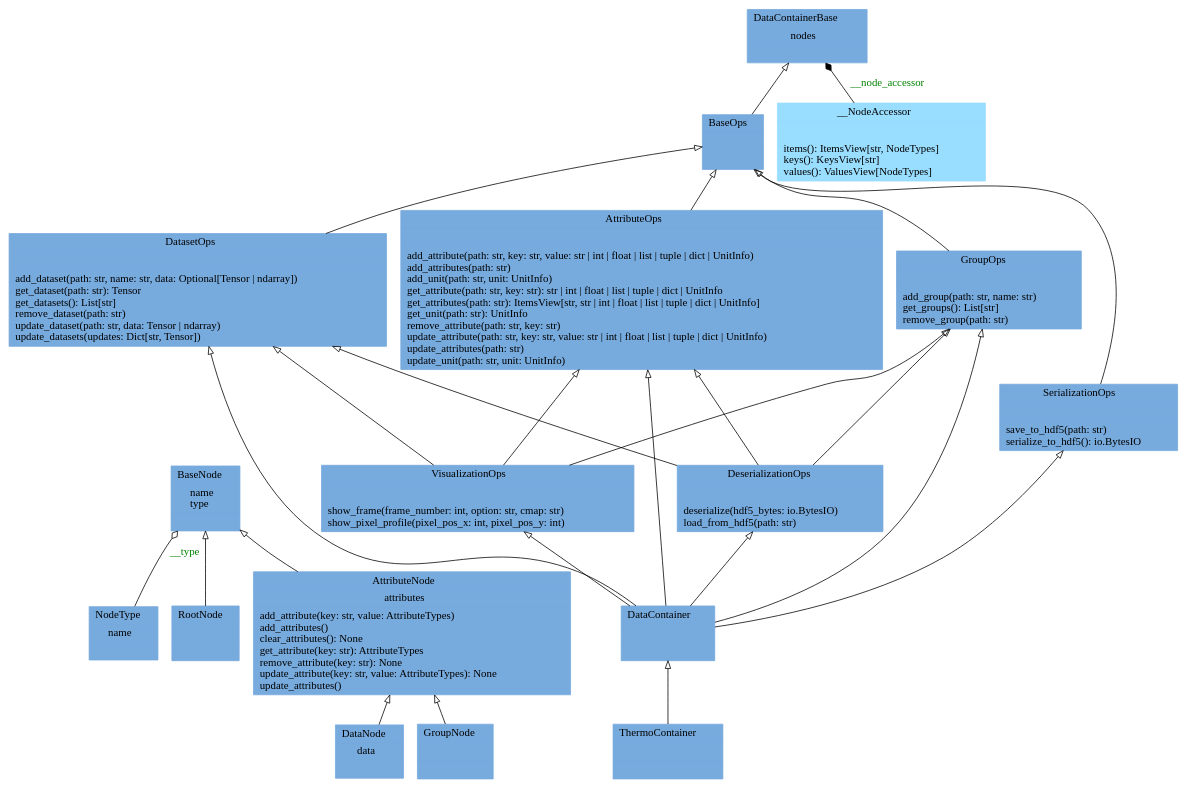
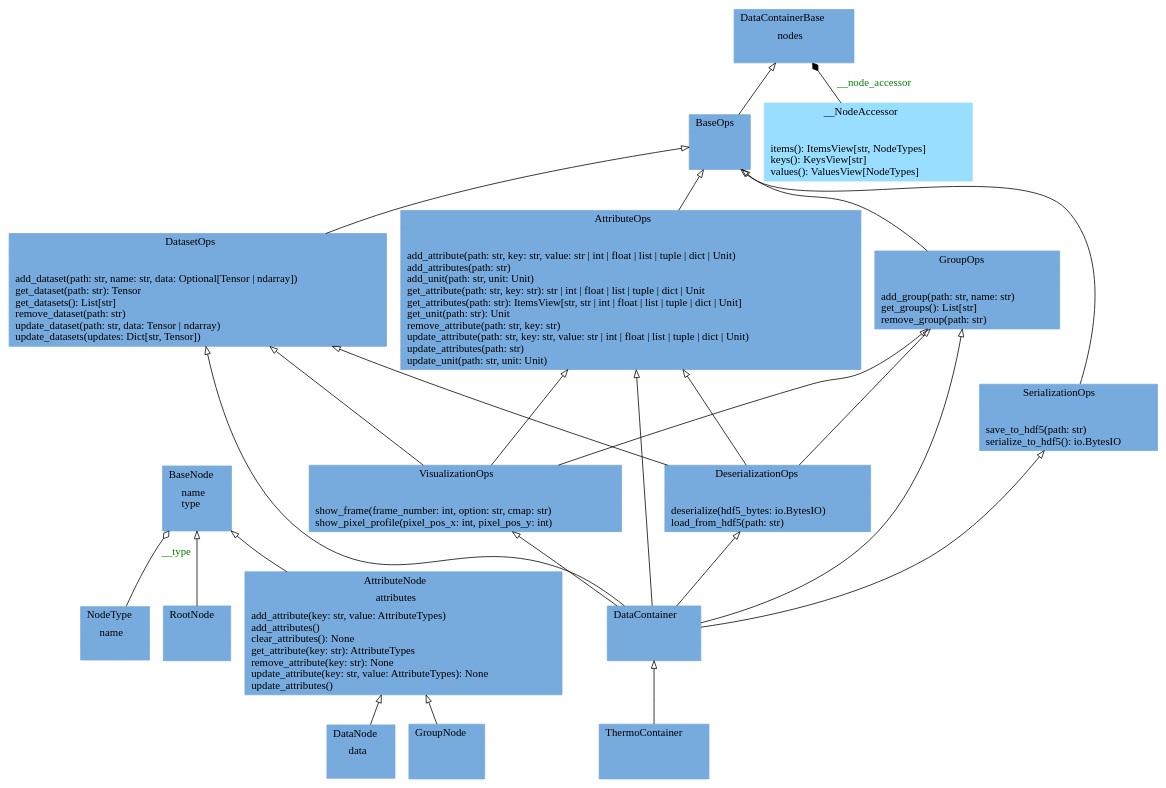
The diagram in docs/pyreverse/classes_pythermondt.data.datacontainer.gv (voidsy-gmbh/pyThermoNDT), drawn with Graphviz before and after one commit. The commit also changed 13 other files, not shown here.

Commit message:
Update pyreverse diagrams

```diff
--- a/docs/pyreverse/classes_pythermondt.data.datacontainer.gv
+++ b/docs/pyreverse/classes_pythermondt.data.datacontainer.gv
@@ -1,45 +1,45 @@
 digraph "classes_pythermondt.data.datacontainer" {
 rankdir=BT
 charset="utf-8"
 "pythermondt.data.datacontainer.node.AttributeNode" [color="#77AADD", fontcolor="black", label=<{AttributeNode|attributes<br ALIGN="LEFT"/>|add_attribute(key: str, value: AttributeTypes)<br ALIGN="LEFT"/>add_attributes()<br ALIGN="LEFT"/>clear_attributes(): None<br ALIGN="LEFT"/>get_attribute(key: str): AttributeTypes<br ALIGN="LEFT"/>remove_attribute(key: str): None<br ALIGN="LEFT"/>update_attribute(key: str, value: AttributeTypes): None<br ALIGN="LEFT"/>update_attributes()<br ALIGN="LEFT"/>}>, shape="record", style="filled"];
-"pythermondt.data.datacontainer.attribute_ops.AttributeOps" [color="#77AADD", fontcolor="black", label=<{AttributeOps|<br ALIGN="LEFT"/>|add_attribute(path: str, key: str, value: str \| int \| float \| list \| tuple \| dict \| UnitInfo)<br ALIGN="LEFT"/>add_attributes(path: str)<br ALIGN="LEFT"/>add_unit(path: str, unit: UnitInfo)<br ALIGN="LEFT"/>get_attribute(path: str, key: str): str \| int \| float \| list \| tuple \| dict \| UnitInfo<br ALIGN="LEFT"/>get_attributes(path: str): ItemsView[str, str \| int \| float \| list \| tuple \| dict \| UnitInfo]<br ALIGN="LEFT"/>get_unit(path: str): UnitInfo<br ALIGN="LEFT"/>remove_attribute(path: str, key: str)<br ALIGN="LEFT"/>update_attribute(path: str, key: str, value: str \| int \| float \| list \| tuple \| dict \| UnitInfo)<br ALIGN="LEFT"/>update_attributes(path: str)<br ALIGN="LEFT"/>update_unit(path: str, unit: UnitInfo)<br ALIGN="LEFT"/>}>, shape="record", style="filled"];
+"pythermondt.data.datacontainer.attribute_ops.AttributeOps" [color="#77AADD", fontcolor="black", label=<{AttributeOps|<br ALIGN="LEFT"/>|add_attribute(path: str, key: str, value: str \| int \| float \| list \| tuple \| dict \| Unit)<br ALIGN="LEFT"/>add_attributes(path: str)<br ALIGN="LEFT"/>add_unit(path: str, unit: Unit)<br ALIGN="LEFT"/>get_attribute(path: str, key: str): str \| int \| float \| list \| tuple \| dict \| Unit<br ALIGN="LEFT"/>get_attributes(path: str): ItemsView[str, str \| int \| float \| list \| tuple \| dict \| Unit]<br ALIGN="LEFT"/>get_unit(path: str): Unit<br ALIGN="LEFT"/>remove_attribute(path: str, key: str)<br ALIGN="LEFT"/>update_attribute(path: str, key: str, value: str \| int \| float \| list \| tuple \| dict \| Unit)<br ALIGN="LEFT"/>update_attributes(path: str)<br ALIGN="LEFT"/>update_unit(path: str, unit: Unit)<br ALIGN="LEFT"/>}>, shape="record", style="filled"];
 "pythermondt.data.datacontainer.node.BaseNode" [color="#77AADD", fontcolor="black", label=<{BaseNode|name<br ALIGN="LEFT"/>type<br ALIGN="LEFT"/>|}>, shape="record", style="filled"];
 "pythermondt.data.datacontainer.base.BaseOps" [color="#77AADD", fontcolor="black", label=<{BaseOps|<br ALIGN="LEFT"/>|}>, shape="record", style="filled"];
 "pythermondt.data.datacontainer.core.DataContainer" [color="#77AADD", fontcolor="black", label=<{DataContainer|<br ALIGN="LEFT"/>|}>, shape="record", style="filled"];
 "pythermondt.data.datacontainer.base.DataContainerBase" [color="#77AADD", fontcolor="black", label=<{DataContainerBase|nodes<br ALIGN="LEFT"/>|}>, shape="record", style="filled"];
 "pythermondt.data.datacontainer.node.DataNode" [color="#77AADD", fontcolor="black", label=<{DataNode|data<br ALIGN="LEFT"/>|}>, shape="record", style="filled"];
 "pythermondt.data.datacontainer.dataset_ops.DatasetOps" [color="#77AADD", fontcolor="black", label=<{DatasetOps|<br ALIGN="LEFT"/>|add_dataset(path: str, name: str, data: Optional[Tensor \| ndarray])<br ALIGN="LEFT"/>get_dataset(path: str): Tensor<br ALIGN="LEFT"/>get_datasets(): List[str]<br ALIGN="LEFT"/>remove_dataset(path: str)<br ALIGN="LEFT"/>update_dataset(path: str, data: Tensor \| ndarray)<br ALIGN="LEFT"/>update_datasets(updates: Dict[str, Tensor])<br ALIGN="LEFT"/>}>, shape="record", style="filled"];
 "pythermondt.data.datacontainer.serialization_ops.DeserializationOps" [color="#77AADD", fontcolor="black", label=<{DeserializationOps|<br ALIGN="LEFT"/>|deserialize(hdf5_bytes: io.BytesIO)<br ALIGN="LEFT"/>load_from_hdf5(path: str)<br ALIGN="LEFT"/>}>, shape="record", style="filled"];
 "pythermondt.data.datacontainer.node.GroupNode" [color="#77AADD", fontcolor="black", label=<{GroupNode|<br ALIGN="LEFT"/>|}>, shape="record", style="filled"];
 "pythermondt.data.datacontainer.group_ops.GroupOps" [color="#77AADD", fontcolor="black", label=<{GroupOps|<br ALIGN="LEFT"/>|add_group(path: str, name: str)<br ALIGN="LEFT"/>get_groups(): List[str]<br ALIGN="LEFT"/>remove_group(path: str)<br ALIGN="LEFT"/>}>, shape="record", style="filled"];
 "pythermondt.data.datacontainer.node.NodeType" [color="#77AADD", fontcolor="black", label=<{NodeType|name<br ALIGN="LEFT"/>|}>, shape="record", style="filled"];
 "pythermondt.data.datacontainer.node.RootNode" [color="#77AADD", fontcolor="black", label=<{RootNode|<br ALIGN="LEFT"/>|}>, shape="record", style="filled"];
 "pythermondt.data.datacontainer.serialization_ops.SerializationOps" [color="#77AADD", fontcolor="black", label=<{SerializationOps|<br ALIGN="LEFT"/>|save_to_hdf5(path: str)<br ALIGN="LEFT"/>serialize_to_hdf5(): io.BytesIO<br ALIGN="LEFT"/>}>, shape="record", style="filled"];
 "pythermondt.data.datacontainer.core.ThermoContainer" [color="#77AADD", fontcolor="black", label=<{ThermoContainer|<br ALIGN="LEFT"/>|}>, shape="record", style="filled"];
 "pythermondt.data.datacontainer.visualization_ops.VisualizationOps" [color="#77AADD", fontcolor="black", label=<{VisualizationOps|<br ALIGN="LEFT"/>|show_frame(frame_number: int, option: str, cmap: str)<br ALIGN="LEFT"/>show_pixel_profile(pixel_pos_x: int, pixel_pos_y: int)<br ALIGN="LEFT"/>}>, shape="record", style="filled"];
 "pythermondt.data.datacontainer.base.DataContainerBase.__NodeAccessor" [color="#99DDFF", fontcolor="black", label=<{__NodeAccessor|<br ALIGN="LEFT"/>|items(): ItemsView[str, NodeTypes]<br ALIGN="LEFT"/>keys(): KeysView[str]<br ALIGN="LEFT"/>values(): ValuesView[NodeTypes]<br ALIGN="LEFT"/>}>, shape="record", style="filled"];
 "pythermondt.data.datacontainer.attribute_ops.AttributeOps" -> "pythermondt.data.datacontainer.base.BaseOps" [arrowhead="empty", arrowtail="none"];
 "pythermondt.data.datacontainer.base.BaseOps" -> "pythermondt.data.datacontainer.base.DataContainerBase" [arrowhead="empty", arrowtail="none"];
 "pythermondt.data.datacontainer.core.DataContainer" -> "pythermondt.data.datacontainer.attribute_ops.AttributeOps" [arrowhead="empty", arrowtail="none"];
 "pythermondt.data.datacontainer.core.DataContainer" -> "pythermondt.data.datacontainer.dataset_ops.DatasetOps" [arrowhead="empty", arrowtail="none"];
 "pythermondt.data.datacontainer.core.DataContainer" -> "pythermondt.data.datacontainer.group_ops.GroupOps" [arrowhead="empty", arrowtail="none"];
 "pythermondt.data.datacontainer.core.DataContainer" -> "pythermondt.data.datacontainer.serialization_ops.DeserializationOps" [arrowhead="empty", arrowtail="none"];
 "pythermondt.data.datacontainer.core.DataContainer" -> "pythermondt.data.datacontainer.serialization_ops.SerializationOps" [arrowhead="empty", arrowtail="none"];
 "pythermondt.data.datacontainer.core.DataContainer" -> "pythermondt.data.datacontainer.visualization_ops.VisualizationOps" [arrowhead="empty", arrowtail="none"];
 "pythermondt.data.datacontainer.core.ThermoContainer" -> "pythermondt.data.datacontainer.core.DataContainer" [arrowhead="empty", arrowtail="none"];
 "pythermondt.data.datacontainer.dataset_ops.DatasetOps" -> "pythermondt.data.datacontainer.base.BaseOps" [arrowhead="empty", arrowtail="none"];
 "pythermondt.data.datacontainer.group_ops.GroupOps" -> "pythermondt.data.datacontainer.base.BaseOps" [arrowhead="empty", arrowtail="none"];
 "pythermondt.data.datacontainer.node.AttributeNode" -> "pythermondt.data.datacontainer.node.BaseNode" [arrowhead="empty", arrowtail="none"];
 "pythermondt.data.datacontainer.node.DataNode" -> "pythermondt.data.datacontainer.node.AttributeNode" [arrowhead="empty", arrowtail="none"];
 "pythermondt.data.datacontainer.node.GroupNode" -> "pythermondt.data.datacontainer.node.AttributeNode" [arrowhead="empty", arrowtail="none"];
 "pythermondt.data.datacontainer.node.RootNode" -> "pythermondt.data.datacontainer.node.BaseNode" [arrowhead="empty", arrowtail="none"];
 "pythermondt.data.datacontainer.serialization_ops.DeserializationOps" -> "pythermondt.data.datacontainer.attribute_ops.AttributeOps" [arrowhead="empty", arrowtail="none"];
 "pythermondt.data.datacontainer.serialization_ops.DeserializationOps" -> "pythermondt.data.datacontainer.dataset_ops.DatasetOps" [arrowhead="empty", arrowtail="none"];
 "pythermondt.data.datacontainer.serialization_ops.DeserializationOps" -> "pythermondt.data.datacontainer.group_ops.GroupOps" [arrowhead="empty", arrowtail="none"];
 "pythermondt.data.datacontainer.serialization_ops.SerializationOps" -> "pythermondt.data.datacontainer.base.BaseOps" [arrowhead="empty", arrowtail="none"];
 "pythermondt.data.datacontainer.visualization_ops.VisualizationOps" -> "pythermondt.data.datacontainer.attribute_ops.AttributeOps" [arrowhead="empty", arrowtail="none"];
 "pythermondt.data.datacontainer.visualization_ops.VisualizationOps" -> "pythermondt.data.datacontainer.dataset_ops.DatasetOps" [arrowhead="empty", arrowtail="none"];
 "pythermondt.data.datacontainer.visualization_ops.VisualizationOps" -> "pythermondt.data.datacontainer.group_ops.GroupOps" [arrowhead="empty", arrowtail="none"];
 "pythermondt.data.datacontainer.base.DataContainerBase.__NodeAccessor" -> "pythermondt.data.datacontainer.base.DataContainerBase" [arrowhead="diamond", arrowtail="none", fontcolor="green", label="__node_accessor", style="solid"];
 "pythermondt.data.datacontainer.node.NodeType" -> "pythermondt.data.datacontainer.node.BaseNode" [arrowhead="odiamond", arrowtail="none", fontcolor="green", label="__type", style="solid"];
 }
```
